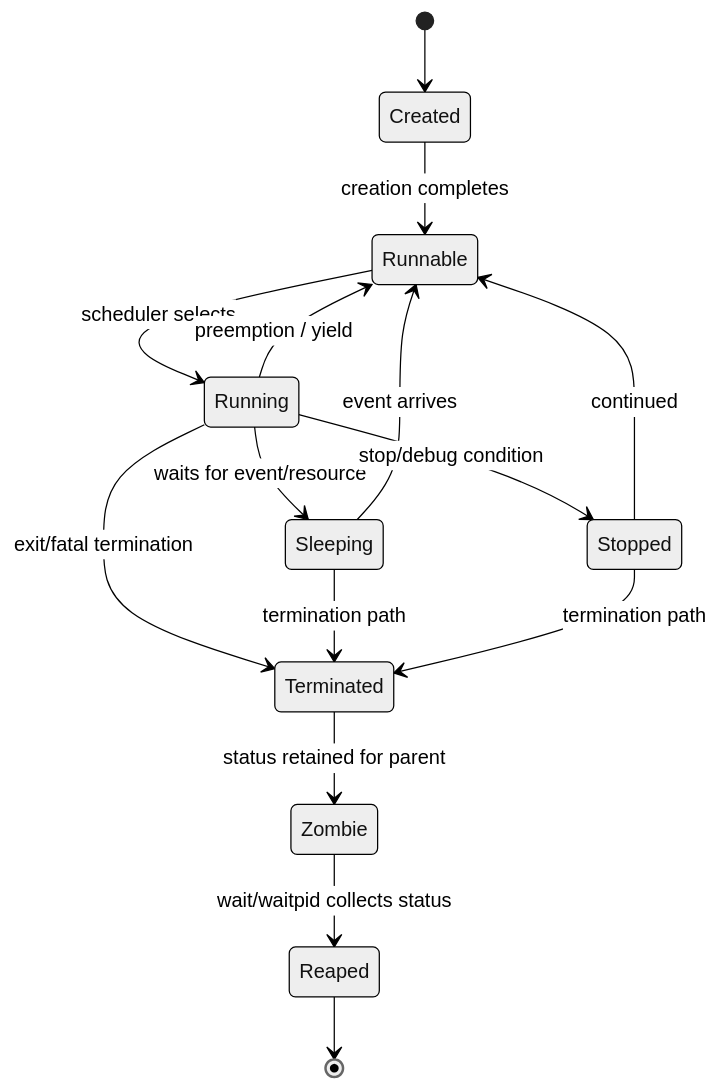
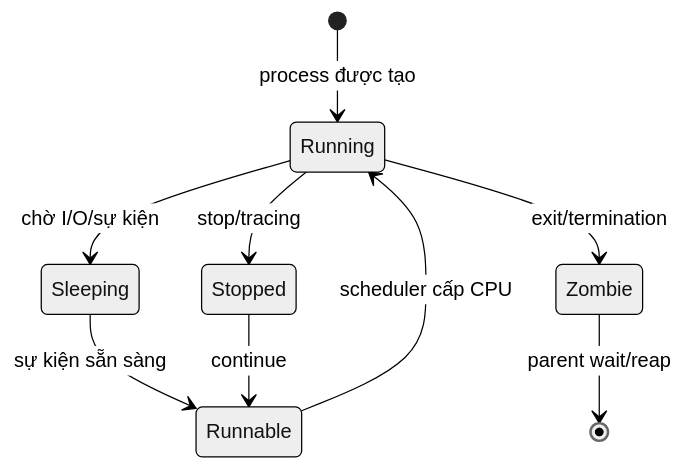
Before and after one commit to hai-kevins/embedded-linux: the diagram in phase-01/README-topic-04.md, drawn with Mermaid (neutral theme). The commit also changed other lines of this file and 9 other files, not shown here.

````diff
--- a/phase-01/README-topic-04.md
+++ b/phase-01/README-topic-04.md
@@ -1533,22 +760,11 @@
 ```mermaid
 stateDiagram-v2
-    [*] --> Created
-
-    Created --> Runnable: creation completes
-    Runnable --> Running: scheduler selects
-    Running --> Runnable: preemption / yield
-
-    Running --> Sleeping: waits for event/resource
-    Sleeping --> Runnable: event arrives
-
-    Running --> Stopped: stop/debug condition
-    Stopped --> Runnable: continued
-
-    Running --> Terminated: exit/fatal termination
-    Sleeping --> Terminated: termination path
-    Stopped --> Terminated: termination path
-
-    Terminated --> Zombie: status retained for parent
-    Zombie --> Reaped: wait/waitpid collects status
-    Reaped --> [*]
+    [*] --> Running: process được tạo
+    Running --> Sleeping: chờ I/O/sự kiện
+    Sleeping --> Runnable: sự kiện sẵn sàng
+    Runnable --> Running: scheduler cấp CPU
+    Running --> Stopped: stop/tracing
+    Stopped --> Runnable: continue
+    Running --> Zombie: exit/termination
+    Zombie --> [*]: parent wait/reap
 ```
````
